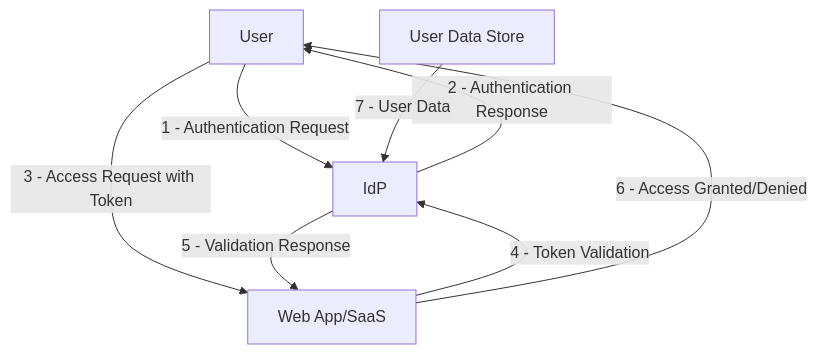
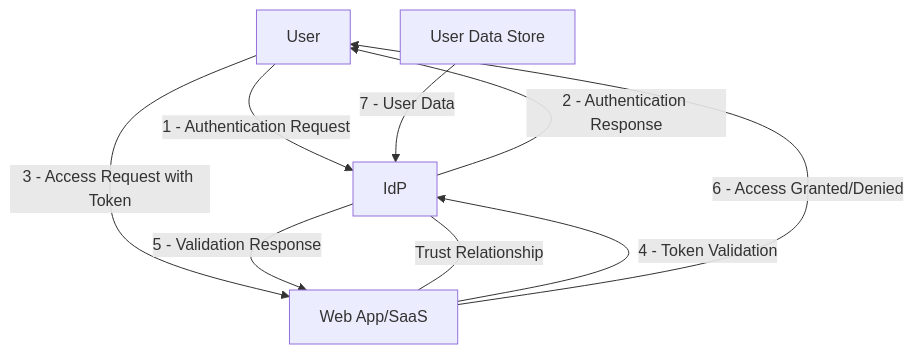
One commit to neoalienson/architect_library changed the eighth of 8 diagrams in design_patterns/security/sso.md. Above: the diagram before and after it, drawn with Mermaid. The commit also changed other lines of this file, not shown here.

````diff
--- a/design_patterns/security/sso.md
+++ b/design_patterns/security/sso.md
@@ -197,10 +197,11 @@
 ```mermaid
 graph TD
     User[User] -->|1 - Authentication Request| IdP[IdP]
     IdP -->|2 - Authentication Response| User
     User -->|3 - Access Request with Token| App[Web App/SaaS]
     App -->|4 - Token Validation| IdP
     IdP -->|5 - Validation Response| App
     App -->|6 - Access Granted/Denied| User
     DataStore[User Data Store] -->|7 - User Data| IdP
+    IdP ---|Trust Relationship| App
 ```
````
